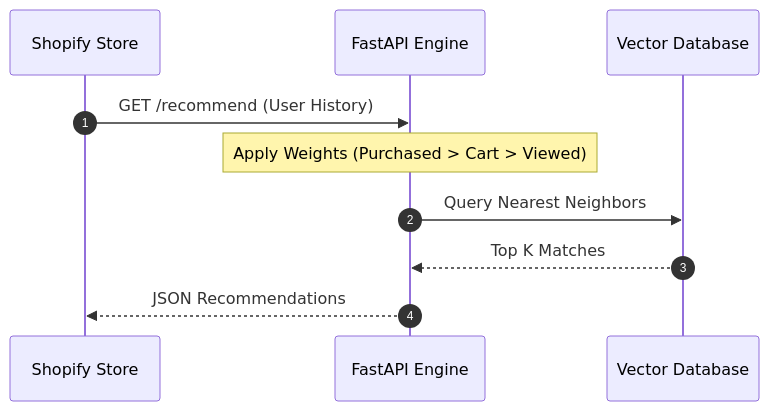
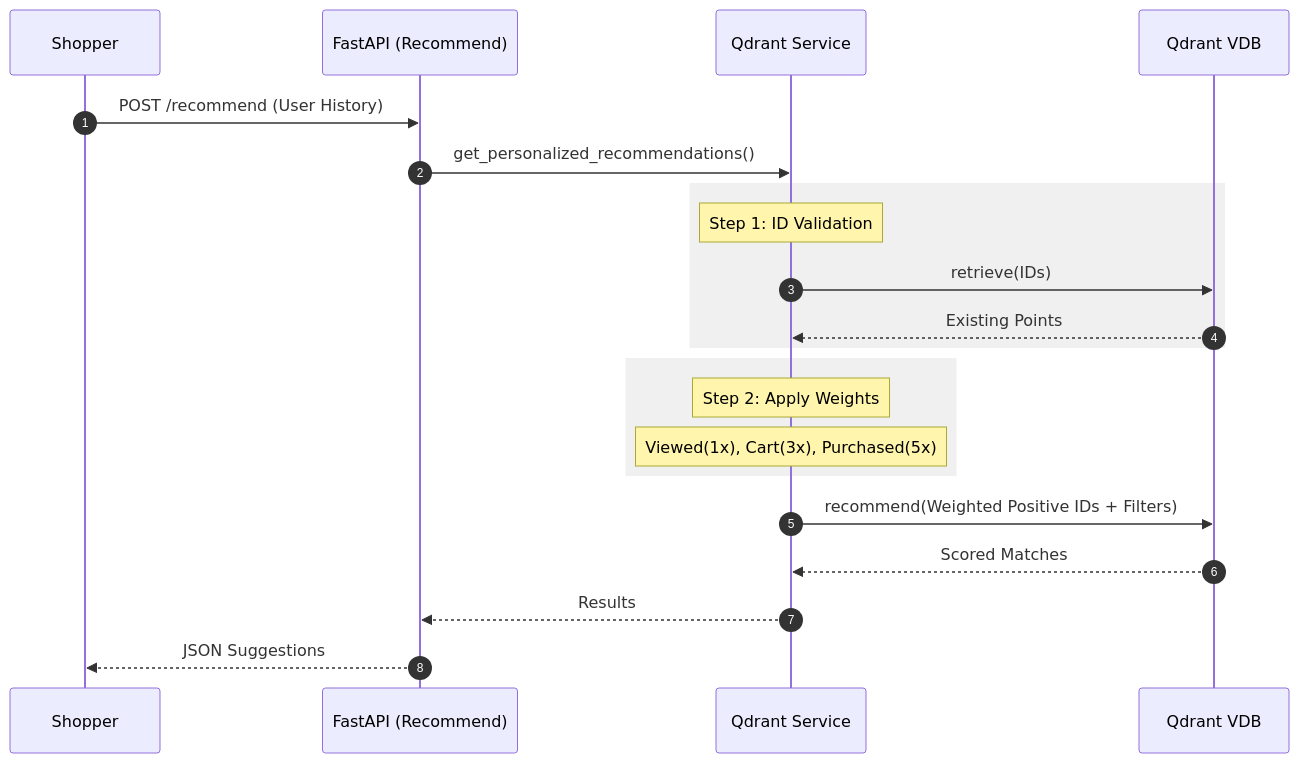
One commit to TGSupreme/DD-Shopify-recommendation-unified changed the fourth of 5 diagrams in 00_docs/diagrams.md. Above: the diagram before and after it, drawn with Mermaid. The commit also changed other lines of this file, not shown here.

Commit message:
Added UML Diagrams

````diff
--- a/00_docs/diagrams.md
+++ b/00_docs/diagrams.md
@@ -28,13 +118,27 @@
 ```mermaid
 sequenceDiagram
     autonumber
-    participant Store as Shopify Store
-    participant API as FastAPI Engine
-    participant VDB as Vector Database
+    participant Shopper
+    participant API as FastAPI (Recommend)
+    participant QService as Qdrant Service
+    participant Qdrant as Qdrant VDB
 
-    Store->>API: GET /recommend (User History)
-    Note over API: Apply Weights (Purchased > Cart > Viewed)
-    API->>VDB: Query Nearest Neighbors
-    VDB-->>API: Top K Matches
-    API-->>Store: JSON Recommendations
+    Shopper->>API: POST /recommend (User History)
+    API->>QService: get_personalized_recommendations()
+    
+    rect rgb(240, 240, 240)
+        Note over QService: Step 1: ID Validation
+        QService->>Qdrant: retrieve(IDs)
+        Qdrant-->>QService: Existing Points
+    end
+
+    rect rgb(240, 240, 240)
+        Note over QService: Step 2: Apply Weights
+        Note over QService: Viewed(1x), Cart(3x), Purchased(5x)
+    end
+    
+    QService->>Qdrant: recommend(Weighted Positive IDs + Filters)
+    Qdrant-->>QService: Scored Matches
+    QService-->>API: Results
+    API-->>Shopper: JSON Suggestions
 ```
````
